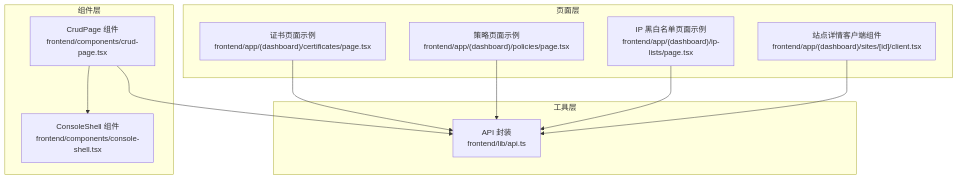
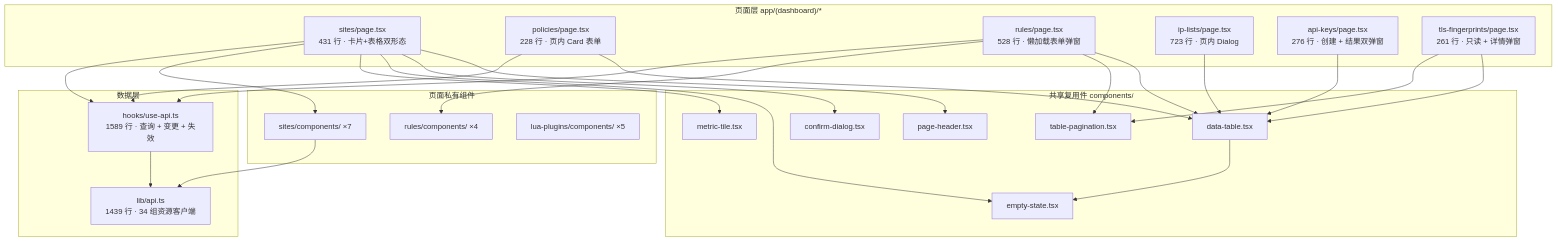
The first of 6 diagrams in docs/前端管理界面/组件设计模式/CRUD 页面组件.md (x01n/My-OpenWaf), drawn with Mermaid before and after one commit. The commit also changed other lines of this file and 622 other files, not shown here.

````diff
--- a/docs/前端管理界面/组件设计模式/CRUD 页面组件.md
+++ b/docs/前端管理界面/组件设计模式/CRUD 页面组件.md
@@ -39,22 +73,47 @@
 ```mermaid
 graph TB
-subgraph "组件层"
-CP["CrudPage 组件<br/>frontend/components/crud-page.tsx"]
-CS["ConsoleShell 组件<br/>frontend/components/console-shell.tsx"]
-end
-subgraph "页面层"
-CERT["证书页面示例<br/>frontend/app/(dashboard)/certificates/page.tsx"]
-POL["策略页面示例<br/>frontend/app/(dashboard)/policies/page.tsx"]
-IPL["IP 黑白名单页面示例<br/>frontend/app/(dashboard)/ip-lists/page.tsx"]
-SITE["站点详情客户端组件<br/>frontend/app/(dashboard)/sites/[id]/client.tsx"]
-end
-subgraph "工具层"
-API["API 封装<br/>frontend/lib/api.ts"]
-end
-CP --> API
-CERT --> API
-POL --> API
-IPL --> API
-SITE --> API
-CP --> CS
+  subgraph PAGE["页面层 app/(dashboard)/*"]
+    P1["sites/page.tsx<br/>431 行 · 卡片+表格双形态"]
+    P2["policies/page.tsx<br/>228 行 · 页内 Card 表单"]
+    P3["rules/page.tsx<br/>528 行 · 懒加载表单弹窗"]
+    P4["ip-lists/page.tsx<br/>723 行 · 页内 Dialog"]
+    P5["api-keys/page.tsx<br/>276 行 · 创建 + 结果双弹窗"]
+    P6["tls-fingerprints/page.tsx<br/>261 行 · 只读 + 详情弹窗"]
+  end
+  subgraph PRIV["页面私有组件"]
+    C1["sites/components/ ×7"]
+    C2["rules/components/ ×4"]
+    C3["lua-plugins/components/ ×5"]
+  end
+  subgraph SHARE["共享复用件 components/"]
+    S1["page-header.tsx"]
+    S2["data-table.tsx"]
+    S3["table-pagination.tsx"]
+    S4["confirm-dialog.tsx"]
+    S5["empty-state.tsx"]
+    S6["metric-tile.tsx"]
+  end
+  subgraph DATA["数据层"]
+    H1["hooks/use-api.ts<br/>1589 行 · 查询 + 变更 + 失效"]
+    H2["lib/api.ts<br/>1439 行 · 34 组资源客户端"]
+  end
+  P1 --> S1
+  P1 --> S4
+  P1 --> S5
+  P1 --> S6
+  P1 --> C1
+  P2 --> S2
+  P3 --> S2
+  P3 --> S3
+  P3 --> C2
+  P4 --> S2
+  P5 --> S2
+  P6 --> S2
+  P6 --> S3
+  S2 --> S5
+  C1 --> H2
+  P1 --> H1
+  P2 --> H1
+  P3 --> H1
+  H1 --> H2
 ```
````
